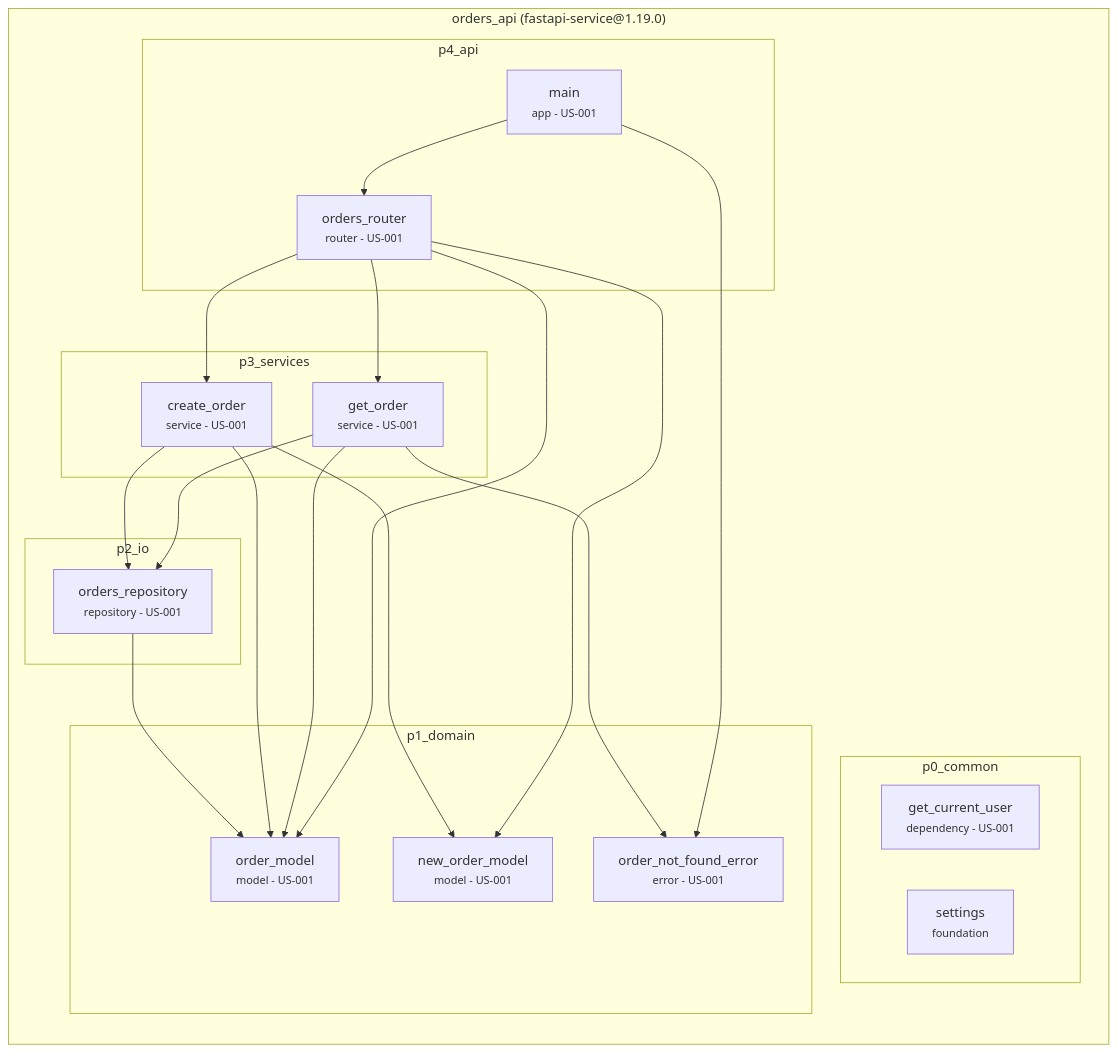
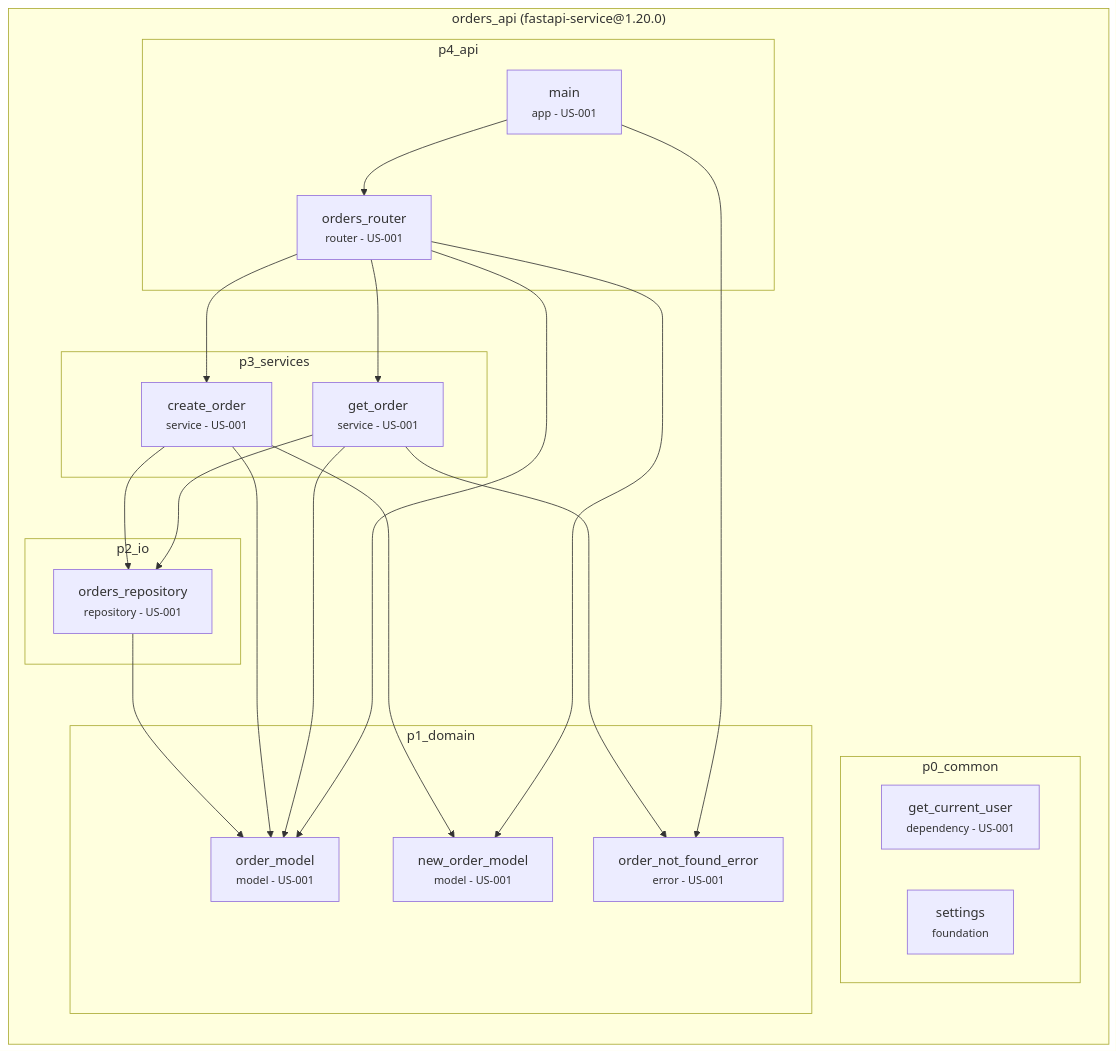
Before and after one commit to archvow/archvow-plugin: the diagram in contract/archvow/examples/fastapi-service/.archvow/spec.md, drawn with Mermaid. The commit also changed other lines of this file and 92 other files, not shown here.

````diff
--- a/contract/archvow/examples/fastapi-service/.archvow/spec.md
+++ b/contract/archvow/examples/fastapi-service/.archvow/spec.md
@@ -11,40 +11,40 @@
 ```mermaid
 flowchart TB
-  subgraph orders_api["orders_api (fastapi-service@1.19.0)"]
+  subgraph orders_api["orders_api (fastapi-service@1.20.0)"]
     direction TB
     subgraph orders_api__p0_common["p0_common"]
       orders_api__get_current_user["get_current_user<br/><small>dependency - US-001</small>"]
       orders_api__settings["settings<br/><small>foundation</small>"]
     end
     subgraph orders_api__p1_domain["p1_domain"]
       orders_api__new_order_model["new_order_model<br/><small>model - US-001</small>"]
       orders_api__order_model["order_model<br/><small>model - US-001</small>"]
       orders_api__order_not_found_error["order_not_found_error<br/><small>error - US-001</small>"]
     end
     subgraph orders_api__p2_io["p2_io"]
       orders_api__orders_repository["orders_repository<br/><small>repository - US-001</small>"]
     end
     subgraph orders_api__p3_services["p3_services"]
       orders_api__create_order["create_order<br/><small>service - US-001</small>"]
       orders_api__get_order["get_order<br/><small>service - US-001</small>"]
     end
     subgraph orders_api__p4_api["p4_api"]
       orders_api__main["main<br/><small>app - US-001</small>"]
       orders_api__orders_router["orders_router<br/><small>router - US-001</small>"]
     end
   end
   orders_api__orders_repository --> orders_api__order_model
   orders_api__create_order --> orders_api__order_model
   orders_api__create_order --> orders_api__new_order_model
   orders_api__create_order --> orders_api__orders_repository
   orders_api__get_order --> orders_api__order_model
   orders_api__get_order --> orders_api__order_not_found_error
   orders_api__get_order --> orders_api__orders_repository
   orders_api__main --> orders_api__orders_router
   orders_api__main --> orders_api__order_not_found_error
   orders_api__orders_router --> orders_api__create_order
   orders_api__orders_router --> orders_api__get_order
   orders_api__orders_router --> orders_api__order_model
   orders_api__orders_router --> orders_api__new_order_model
   classDef empty fill:none,stroke:none
 ```
````
